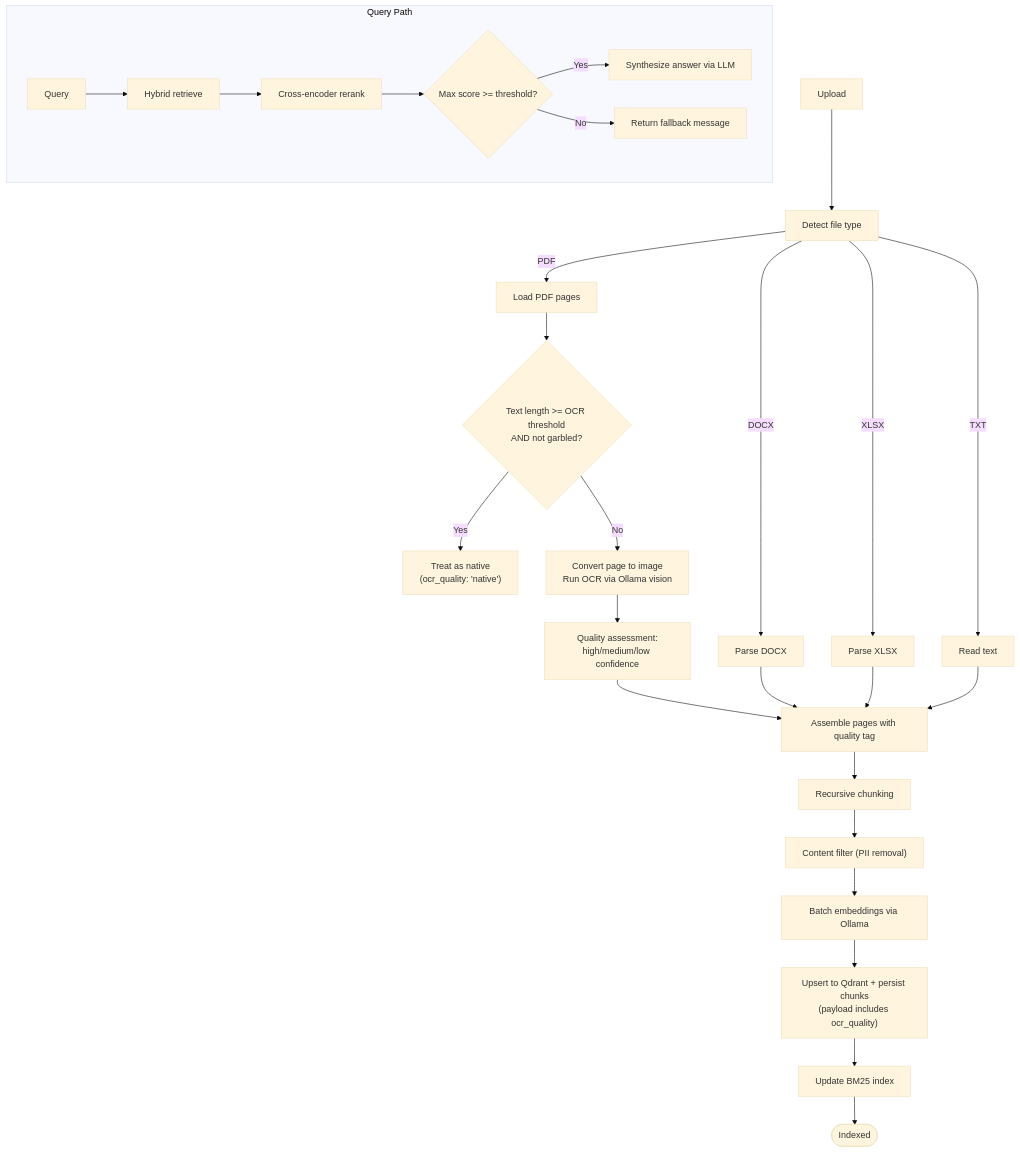
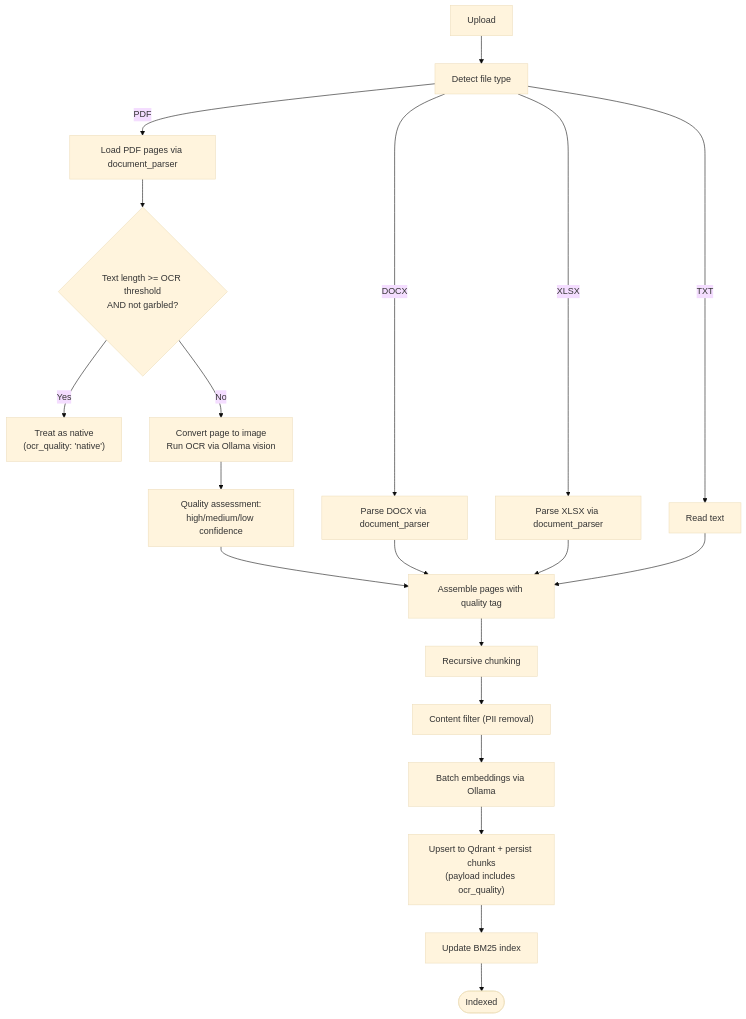
One commit to genes8/private-ai changed the fourth of 12 diagrams in .qoder/repowiki/en/content/Document Processing System/Document Processing System.md. Above: the diagram before and after it, drawn with Mermaid (base theme). The commit also changed other lines of this file and 55 other files, not shown here.

````diff
--- a/.qoder/repowiki/en/content/Document Processing System/Document Processing System.md
+++ b/.qoder/repowiki/en/content/Document Processing System/Document Processing System.md
@@ -260,29 +273,22 @@
 ```mermaid
 flowchart TD
 U["Upload"] --> Detect["Detect file type"]
-Detect --> |PDF| LoadPDF["Load PDF pages"]
-Detect --> |DOCX| LoadDOCX["Parse DOCX"]
-Detect --> |XLSX| LoadXLSX["Parse XLSX"]
+Detect --> |PDF| LoadPDF["Load PDF pages via document_parser"]
+Detect --> |DOCX| LoadDOCX["Parse DOCX via document_parser"]
+Detect --> |XLSX| LoadXLSX["Parse XLSX via document_parser"]
 Detect --> |TXT| LoadTXT["Read text"]
 LoadPDF --> CheckText{"Text length >= OCR threshold<br/>AND not garbled?"}
 CheckText --> |Yes| Native["Treat as native<br/>(ocr_quality: 'native')"]
 CheckText --> |No| OCR["Convert page to image<br/>Run OCR via Ollama vision"]
 OCR --> Quality["Quality assessment:<br/>high/medium/low confidence"]
 Quality --> Pages["Assemble pages with quality tag"]
 LoadDOCX --> Pages
 LoadXLSX --> Pages
 LoadTXT --> Pages
 Pages --> Split["Recursive chunking"]
 Split --> Filter["Content filter (PII removal)"]
 Filter --> Embed["Batch embeddings via Ollama"]
 Embed --> Upsert["Upsert to Qdrant + persist chunks<br/>(payload includes ocr_quality)"]
 Upsert --> BM25["Update BM25 index"]
 BM25 --> Done(["Indexed"])
-subgraph "Query Path"
-Q["Query"] --> Ret["Hybrid retrieve"]
-Ret --> ReRank["Cross-encoder rerank"]
-ReRank --> Threshold{"Max score >= threshold?"}
-Threshold --> |Yes| Answer["Synthesize answer via LLM"]
-Threshold --> |No| Fallback["Return fallback message"]
-end
 ```
````
